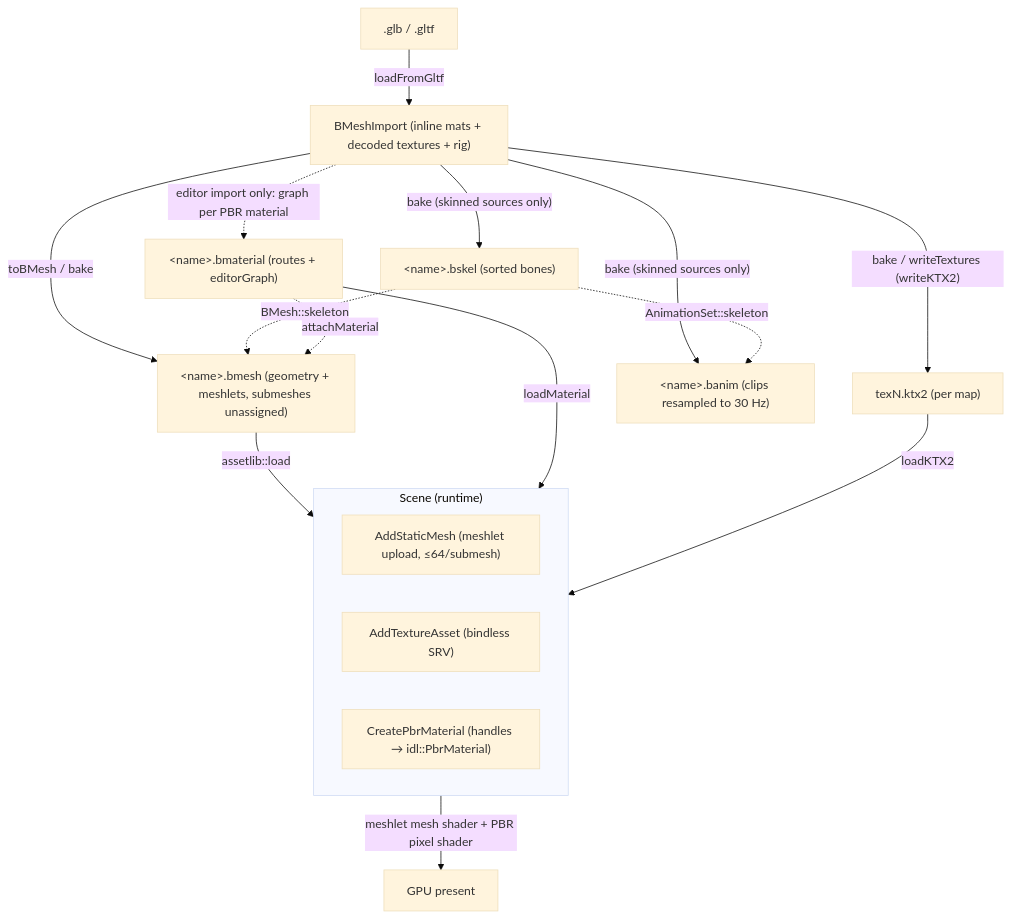
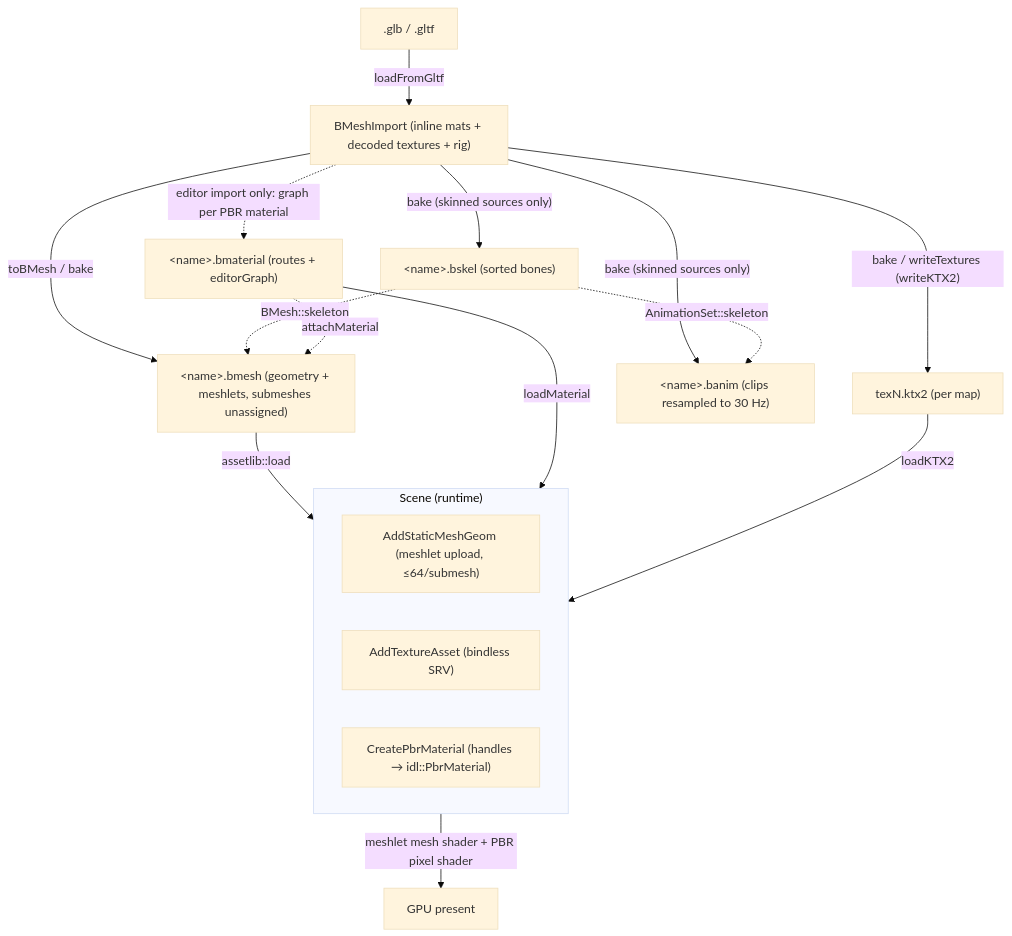
One commit to alexjiang200407/bernini changed the diagram in docs/asset_standards.md. Above: the diagram before and after it, drawn with Mermaid (base theme). The commit also changed other lines of this file and 18 other files, not shown here.

````diff
--- a/docs/asset_standards.md
+++ b/docs/asset_standards.md
@@ -505,24 +505,24 @@
 ```mermaid
 flowchart TD
     GLTF[".glb / .gltf"] -- "loadFromGltf" --> IMP["BMeshImport (inline mats + decoded textures + rig)"]
     IMP -- "toBMesh / bake" --> BMESH["&lt;name&gt;.bmesh (geometry + meshlets, submeshes unassigned)"]
     IMP -- "bake / writeTextures (writeKTX2)" --> TEX["texN.ktx2 (per map)"]
     IMP -- "bake (skinned sources only)" --> SKEL["&lt;name&gt;.bskel (sorted bones)"]
     IMP -- "bake (skinned sources only)" --> ANIM["&lt;name&gt;.banim (clips resampled to 30 Hz)"]
     SKEL -. "BMesh::skeleton" .-> BMESH
     SKEL -. "AnimationSet::skeleton" .-> ANIM
     IMP -. "editor import only: graph per PBR material" .-> BMAT["&lt;name&gt;.bmaterial (routes + editorGraph)"]
     BMAT -. "attachMaterial" .-> BMESH
 
     BMESH -- "assetlib::load" --> SCENE
     BMAT -- "loadMaterial" --> SCENE
     TEX -- "loadKTX2" --> SCENE
 
     subgraph SCENE["Scene (runtime)"]
-        AM["AddStaticMesh (meshlet upload, ≤64/submesh)"]
+        AM["AddStaticMeshGeom (meshlet upload, ≤64/submesh)"]
         AT["AddTextureAsset (bindless SRV)"]
         CM["CreatePbrMaterial (handles → idl::PbrMaterial)"]
     end
 
     SCENE -- "meshlet mesh shader + PBR pixel shader" --> GPU["GPU present"]
 ```
````
